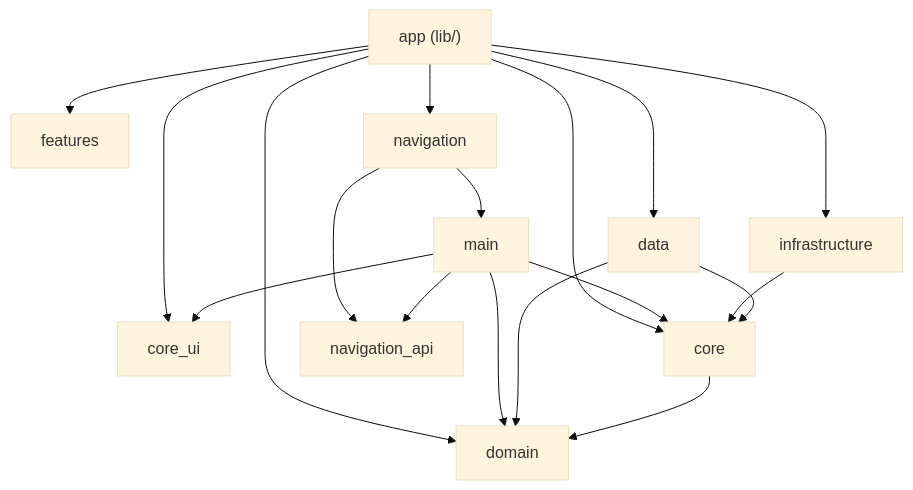
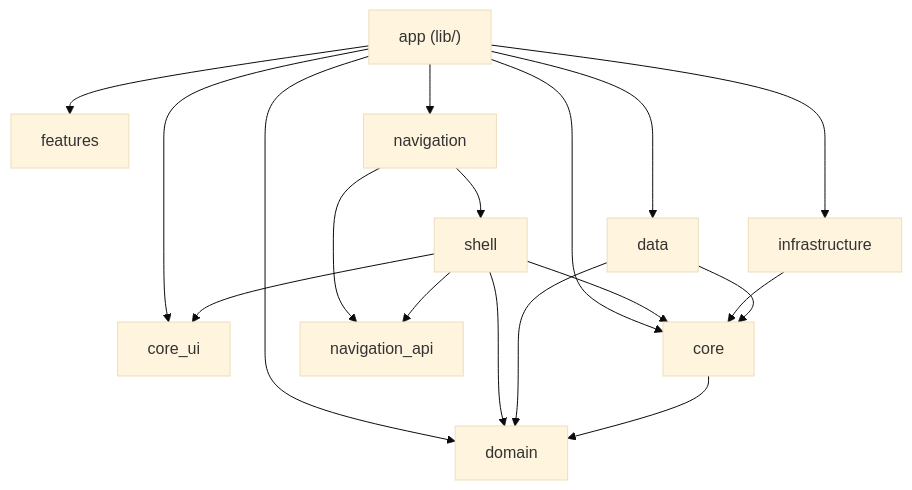
One commit to Viweld/tete_games changed the diagram in README.md. Above: the diagram before and after it, drawn with Mermaid (base theme). The commit also changed other lines of this file and 82 other files, not shown here.

First line of the commit message:
Add workspace graph enforcement, CI analyze workflow, and rename main to shell.

````diff
--- a/README.md
+++ b/README.md
@@ -51,20 +51,20 @@
 ```mermaid
 flowchart TD
   app["app (lib/)"] --> features
   app --> navigation
   app --> infrastructure
   app --> data
   app --> core_ui
   app --> core
   app --> domain
   navigation --> navigationApi["navigation_api"]
-  navigation --> main
-  main --> navigationApi
-  main --> core_ui
-  main --> core
-  main --> domain
+  navigation --> shell
+  shell --> navigationApi
+  shell --> core_ui
+  shell --> core
+  shell --> domain
   infrastructure --> core
   data --> core
   data --> domain
   core --> domain
 ```
````
